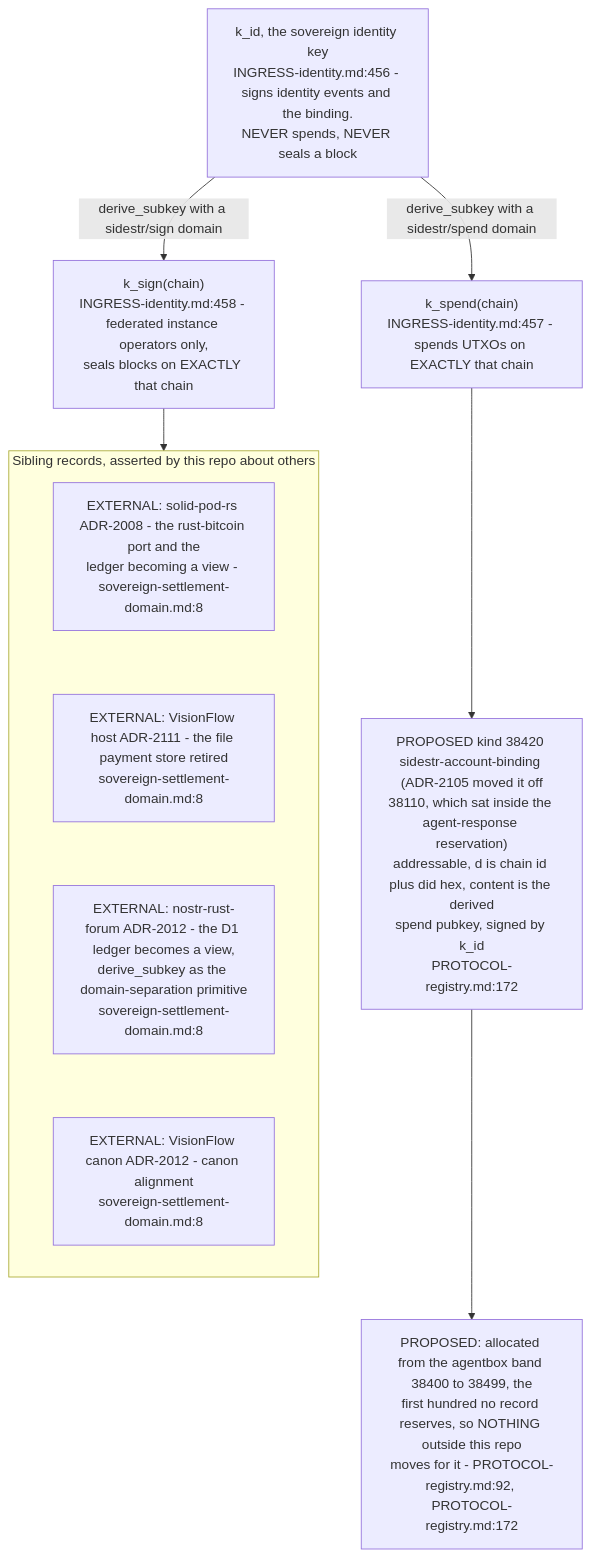
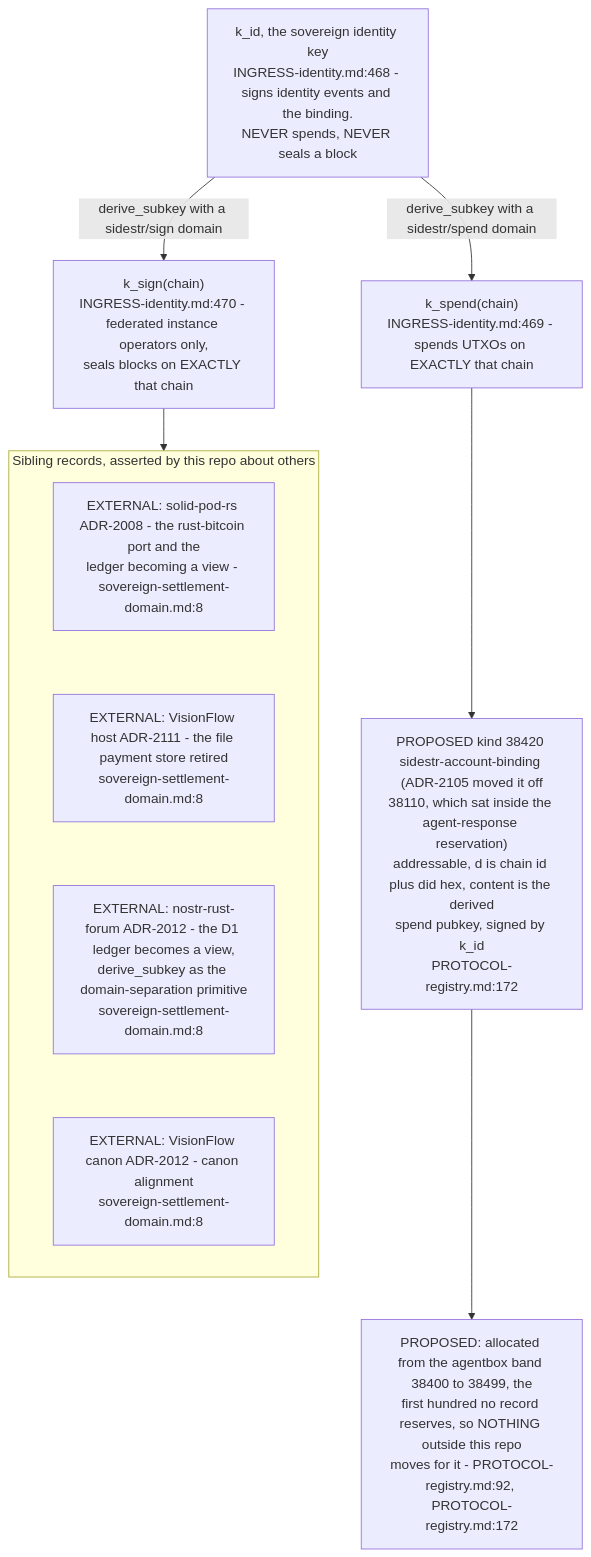
One commit to DreamLab-AI/VisionFlow changed the fifth of 7 diagrams in docs/diagrams/agentbox/31-sovereign-settlement.md. Above: the diagram before and after it, drawn with Mermaid. The commit also changed other lines of this file and 160 other files, not shown here.

````diff
--- a/docs/diagrams/agentbox/31-sovereign-settlement.md
+++ b/docs/diagrams/agentbox/31-sovereign-settlement.md
@@ -188,17 +189,17 @@
 ```mermaid
 flowchart TB
-    KID["k_id, the sovereign identity key<br/>INGRESS-identity.md:456 - signs identity events and the binding.<br/>NEVER spends, NEVER seals a block"]
-    KID -->|"derive_subkey with a sidestr/spend domain"| KSP["k_spend(chain)<br/>INGRESS-identity.md:457 - spends UTXOs on EXACTLY that chain"]
-    KID -->|"derive_subkey with a sidestr/sign domain"| KSG["k_sign(chain)<br/>INGRESS-identity.md:458 - federated instance operators only,<br/>seals blocks on EXACTLY that chain"]
+    KID["k_id, the sovereign identity key<br/>INGRESS-identity.md:468 - signs identity events and the binding.<br/>NEVER spends, NEVER seals a block"]
+    KID -->|"derive_subkey with a sidestr/spend domain"| KSP["k_spend(chain)<br/>INGRESS-identity.md:469 - spends UTXOs on EXACTLY that chain"]
+    KID -->|"derive_subkey with a sidestr/sign domain"| KSG["k_sign(chain)<br/>INGRESS-identity.md:470 - federated instance operators only,<br/>seals blocks on EXACTLY that chain"]
     KSP --> BIND["PROPOSED kind 38420 sidestr-account-binding (ADR-2105 moved it off<br/>38110, which sat inside the agent-response reservation)<br/>addressable, d is chain id plus did hex, content is the derived<br/>spend pubkey, signed by k_id<br/>PROTOCOL-registry.md:172"]
     BIND --> REG["PROPOSED: allocated from the agentbox band 38400 to 38499, the<br/>first hundred no record reserves, so NOTHING outside this repo<br/>moves for it - PROTOCOL-registry.md:92, PROTOCOL-registry.md:172"]
     subgraph external["Sibling records, asserted by this repo about others"]
         direction TB
         E1["EXTERNAL: solid-pod-rs ADR-2008 - the rust-bitcoin port and the<br/>ledger becoming a view - sovereign-settlement-domain.md:8"]
         E2["EXTERNAL: VisionFlow host ADR-2111 - the file payment store retired<br/>sovereign-settlement-domain.md:8"]
         E3["EXTERNAL: nostr-rust-forum ADR-2012 - the D1 ledger becomes a view,<br/>derive_subkey as the domain-separation primitive<br/>sovereign-settlement-domain.md:8"]
         E4["EXTERNAL: VisionFlow canon ADR-2012 - canon alignment<br/>sovereign-settlement-domain.md:8"]
         E1 ~~~ E2 ~~~ E3 ~~~ E4
     end
     KSG --> external
 ```
````
